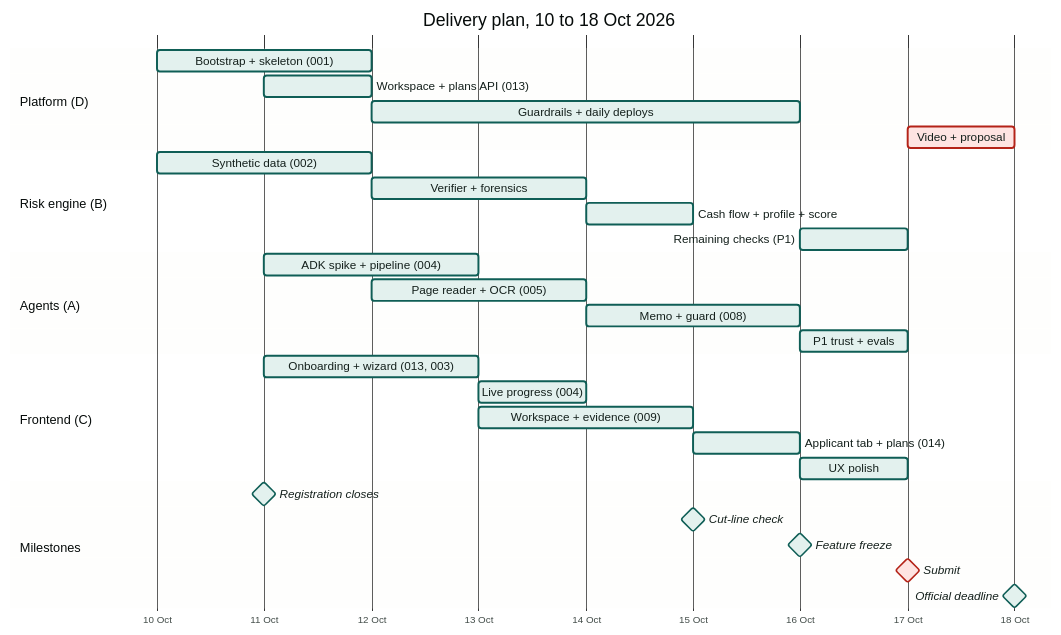
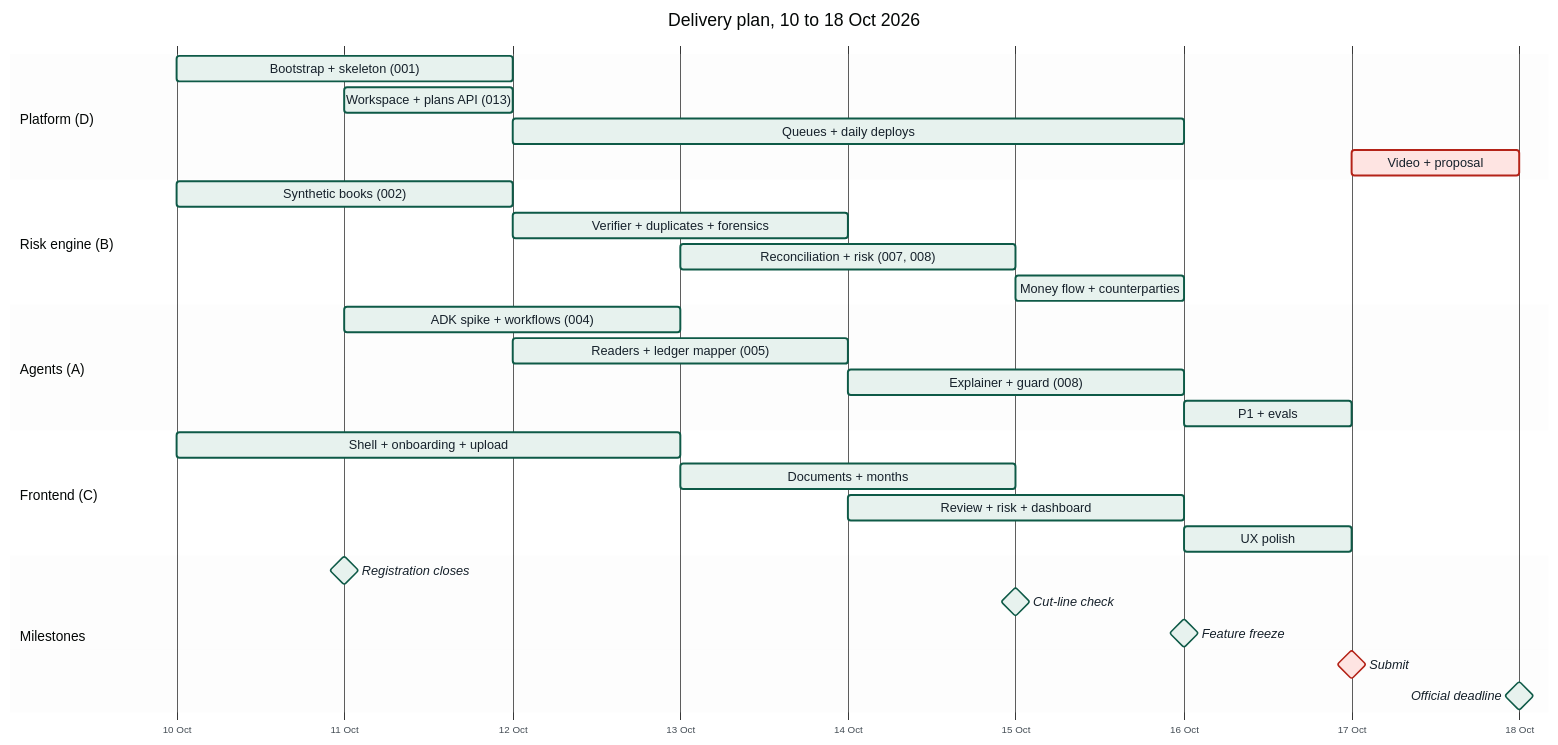
Before and after one commit to fadlytanjung/kredibel: the diagram in docs/19-delivery-plan.md, drawn with Mermaid. The commit also changed other lines of this file and 245 other files, not shown here.

````diff
--- a/docs/19-delivery-plan.md
+++ b/docs/19-delivery-plan.md
@@ -36,34 +36,34 @@
 ```mermaid
-%%{init: {"theme": "base", "themeVariables": {"fontFamily": "Arial, Helvetica, sans-serif", "fontSize": "14px", "primaryColor": "#E3F1EE", "primaryBorderColor": "#0F5E56", "primaryTextColor": "#14201C", "lineColor": "#55625D", "taskBkgColor": "#E3F1EE", "taskBorderColor": "#0F5E56", "taskTextColor": "#14201C", "taskTextOutsideColor": "#14201C", "taskTextDarkColor": "#14201C", "critBkgColor": "#FEE4E2", "critBorderColor": "#B42318", "sectionBkgColor": "#F7F8F6", "altSectionBkgColor": "#FFFFFF", "sectionBkgColor2": "#F7F8F6", "gridColor": "#DDE1DC", "todayLineColor": "#B42318"}, "gantt": {"barHeight": 22, "fontSize": 12, "sectionFontSize": 13, "leftPadding": 150}}}%%
+%%{init: {"theme": "base", "themeVariables": {"fontFamily": "Arial, Helvetica, sans-serif", "fontSize": "14px", "primaryColor": "#E7F2EE", "primaryBorderColor": "#0E5A47", "primaryTextColor": "#16212B", "lineColor": "#56636F", "taskBkgColor": "#E7F2EE", "taskBorderColor": "#0E5A47", "taskTextColor": "#16212B", "taskTextOutsideColor": "#16212B", "taskTextDarkColor": "#16212B", "critBkgColor": "#FEE4E2", "critBorderColor": "#B42318", "sectionBkgColor": "#F2F4F5", "altSectionBkgColor": "#FFFFFF", "sectionBkgColor2": "#F2F4F5", "gridColor": "#DCE1E5", "todayLineColor": "#B42318"}, "gantt": {"useWidth": 1600, "useMaxWidth": true, "barHeight": 26, "barGap": 6, "topPadding": 56, "fontSize": 13, "sectionFontSize": 14, "leftPadding": 170, "rightPadding": 60, "gridLineStartPadding": 40}}}%%
 gantt
     title Delivery plan, 10 to 18 Oct 2026
     dateFormat YYYY-MM-DD
+    todayMarker off
     axisFormat %d %b
     section Platform (D)
     Bootstrap + skeleton (001)     :d1, 2026-10-10, 2d
     Workspace + plans API (013)    :d4, 2026-10-11, 1d
-    Guardrails + daily deploys     :d2, after d1, 4d
+    Queues + daily deploys         :d2, after d1, 4d
     Video + proposal               :crit, d3, 2026-10-17, 1d
     section Risk engine (B)
-    Synthetic data (002)           :b1, 2026-10-10, 2d
-    Verifier + forensics           :b2, 2026-10-12, 2d
-    Cash flow + profile + score    :b3, 2026-10-14, 1d
-    Remaining checks (P1)          :b4, 2026-10-16, 1d
+    Synthetic books (002)          :b1, 2026-10-10, 2d
+    Verifier + duplicates + forensics :b2, 2026-10-12, 2d
+    Reconciliation + risk (007, 008) :b3, 2026-10-13, 2d
+    Money flow + counterparties    :b4, 2026-10-15, 1d
     section Agents (A)
-    ADK spike + pipeline (004)     :a1, 2026-10-11, 2d
-    Page reader + OCR (005)        :a2, 2026-10-12, 2d
-    Memo + guard (008)             :a3, 2026-10-14, 2d
-    P1 trust + evals               :a4, 2026-10-16, 1d
+    ADK spike + workflows (004)    :a1, 2026-10-11, 2d
+    Readers + ledger mapper (005)  :a2, 2026-10-12, 2d
+    Explainer + guard (008)        :a3, 2026-10-14, 2d
+    P1 + evals                     :a4, 2026-10-16, 1d
     section Frontend (C)
-    Onboarding + wizard (013, 003) :c1, 2026-10-11, 2d
-    Live progress (004)            :c2, 2026-10-13, 1d
-    Workspace + evidence (009)     :c3, 2026-10-13, 2d
-    Applicant tab + plans (014)    :c5, 2026-10-15, 1d
+    Shell + onboarding + upload    :c1, 2026-10-10, 3d
+    Documents + months             :c2, 2026-10-13, 2d
+    Review + risk + dashboard      :c3, 2026-10-14, 2d
     UX polish                      :c4, 2026-10-16, 1d
     section Milestones
     Registration closes            :milestone, m0, 2026-10-11, 0d
     Cut-line check                 :milestone, m1, 2026-10-15, 0d
     Feature freeze                 :milestone, m2, 2026-10-16, 0d
     Submit                         :milestone, crit, m3, 2026-10-17, 0d
     Official deadline              :milestone, m4, 2026-10-18, 0d
 ```
````
